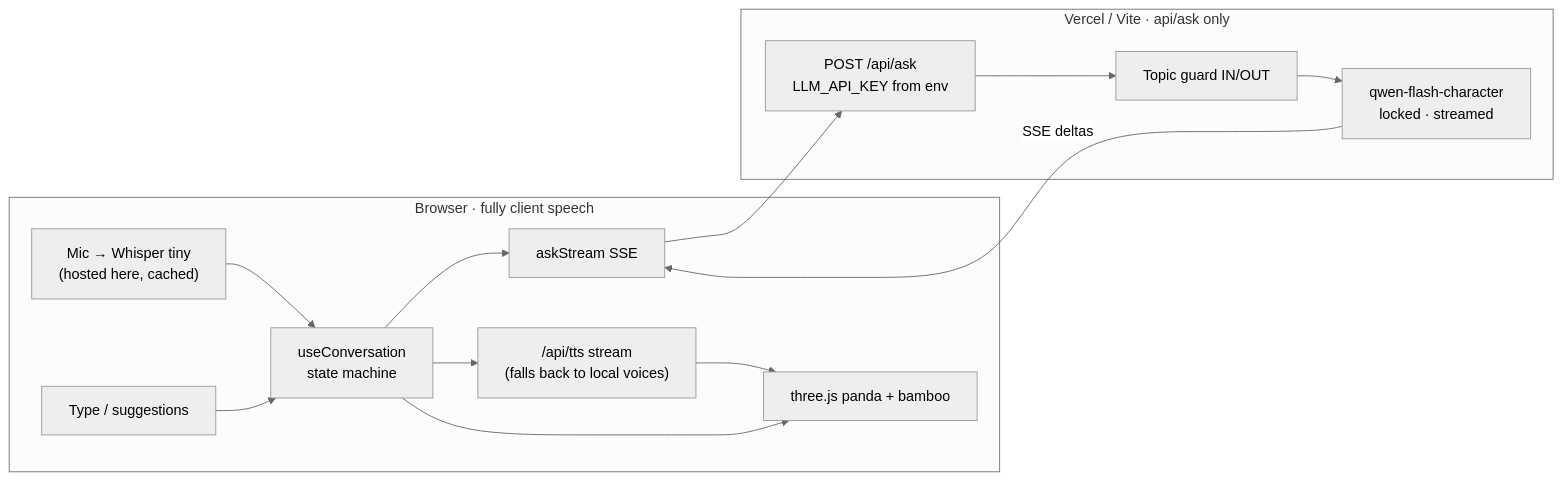
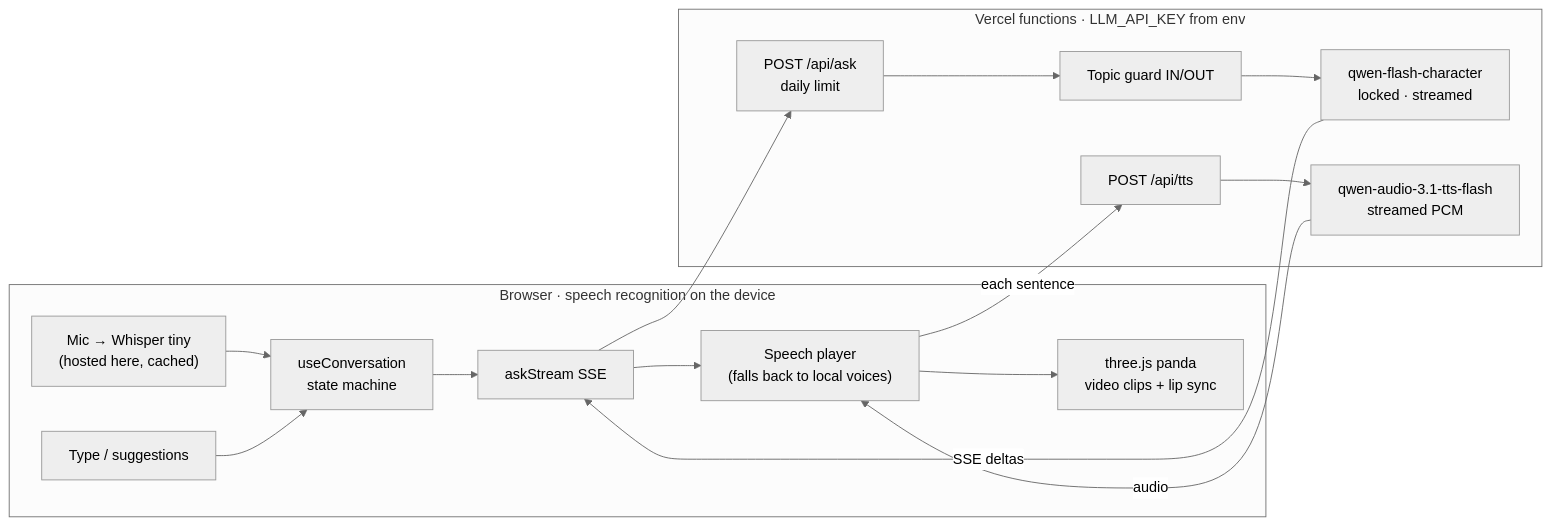
One commit to RaphaelPelerin/Bao-The-Panda-Expert changed the diagram in README.md. Above: the diagram before and after it, drawn with Mermaid (neutral theme). The commit also changed other lines of this file and 2 other files, not shown here.

Commit message:
Bring the docs and architecture diagram up to date

````diff
--- a/README.md
+++ b/README.md
@@ -50,19 +51,21 @@
 ```mermaid
 flowchart LR
-  subgraph Browser["Browser · fully client speech"]
+  subgraph Browser["Browser · speech recognition on the device"]
     Mic["Mic → Whisper tiny\n(hosted here, cached)"] --> Hook
     Type["Type / suggestions"] --> Hook
     Hook["useConversation\nstate machine"] --> SSE["askStream SSE"]
-    Hook --> TTS["/api/tts stream\n(falls back to local voices)"]
-    Hook --> Avatar["three.js panda + bamboo"]
-    TTS --> Avatar
+    SSE --> Player["Speech player\n(falls back to local voices)"]
+    Player --> Avatar["three.js panda\nvideo clips + lip sync"]
   end
 
-  subgraph Server["Vercel / Vite · api/ask only"]
-    API["POST /api/ask\nLLM_API_KEY from env"] --> Guard["Topic guard IN/OUT"]
+  subgraph Server["Vercel functions · LLM_API_KEY from env"]
+    API["POST /api/ask\ndaily limit"] --> Guard["Topic guard IN/OUT"]
     Guard --> Qwen["qwen-flash-character\nlocked · streamed"]
+    Speech["POST /api/tts"] --> Voice["qwen-audio-3.1-tts-flash\nstreamed PCM"]
   end
 
   SSE --> API
   Qwen -->|SSE deltas| SSE
+  Player -->|each sentence| Speech
+  Voice -->|audio| Player
 ```
````
